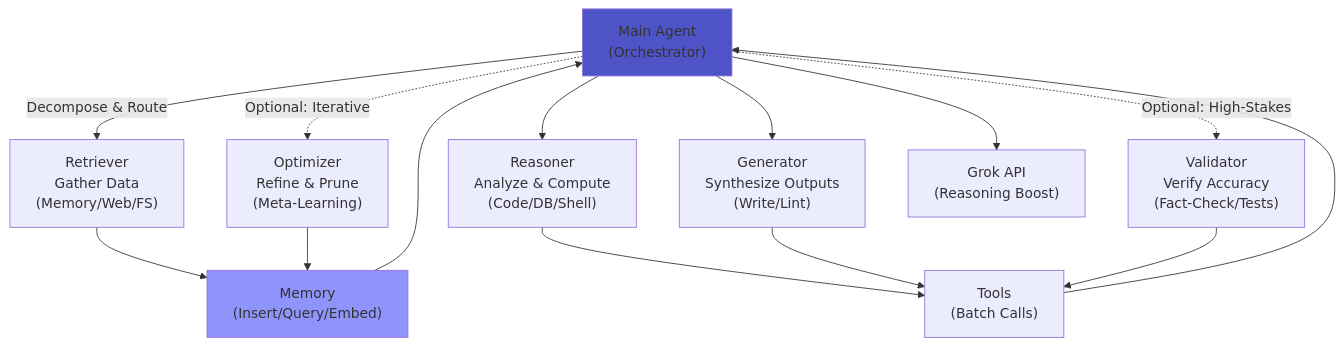
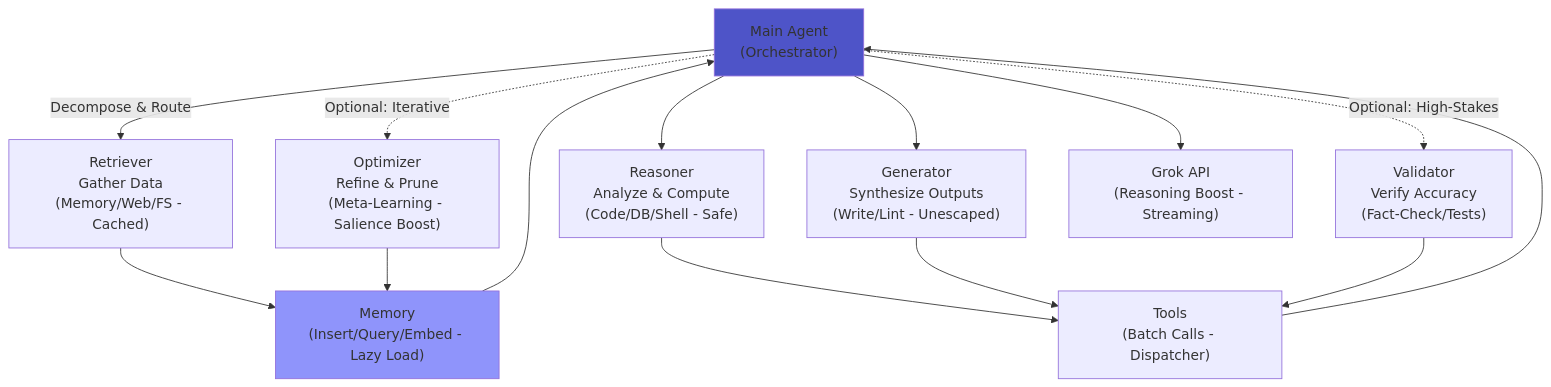
Before and after one commit to buckster123/ApexOrchestrator: the second of 3 diagrams in README.md, drawn with Mermaid. The commit also changed other lines of this file, not shown here.

````diff
--- a/README.md
+++ b/README.md
@@ -160,18 +160,18 @@
 ```mermaid
 graph TD
-    A["Main Agent\n(Orchestrator)"] -->|Decompose & Route| S1["Retriever\nGather Data\n(Memory/Web/FS)"]
-    A --> S2["Reasoner\nAnalyze & Compute\n(Code/DB/Shell)"]
-    A --> S3["Generator\nSynthesize Outputs\n(Write/Lint)"]
+    A["Main Agent\n(Orchestrator)"] -->|Decompose & Route| S1["Retriever\nGather Data\n(Memory/Web/FS - Cached)"]
+    A --> S2["Reasoner\nAnalyze & Compute\n(Code/DB/Shell - Safe)"]
+    A --> S3["Generator\nSynthesize Outputs\n(Write/Lint - Unescaped)"]
     A -.->|Optional: High-Stakes| S4["Validator\nVerify Accuracy\n(Fact-Check/Tests)"]
-    A -.->|Optional: Iterative| S5["Optimizer\nRefine & Prune\n(Meta-Learning)"]
-    S1 --> M["Memory\n(Insert/Query/Embed)"]
-    S2 --> T["Tools\n(Batch Calls)"]
+    A -.->|Optional: Iterative| S5["Optimizer\nRefine & Prune\n(Meta-Learning - Salience Boost)"]
+    S1 --> M["Memory\n(Insert/Query/Embed - Lazy Load)"]
+    S2 --> T["Tools\n(Batch Calls - Dispatcher)"]
     S3 --> T
     S4 --> T
     S5 --> M
-    A --> G["Grok API\n(Reasoning Boost)"]
+    A --> G["Grok API\n(Reasoning Boost - Streaming)"]
     M --> A
     T --> A
     style A fill:#4e54c8
     style M fill:#8f94fb
 ```
````
